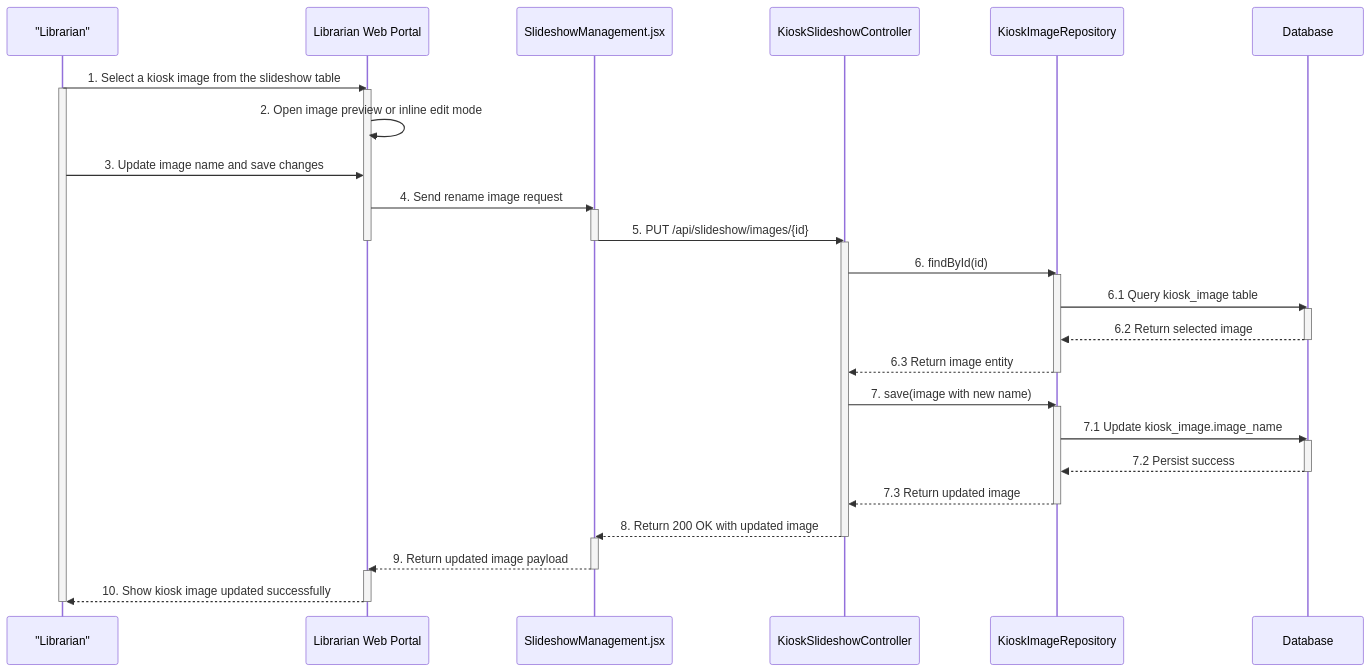
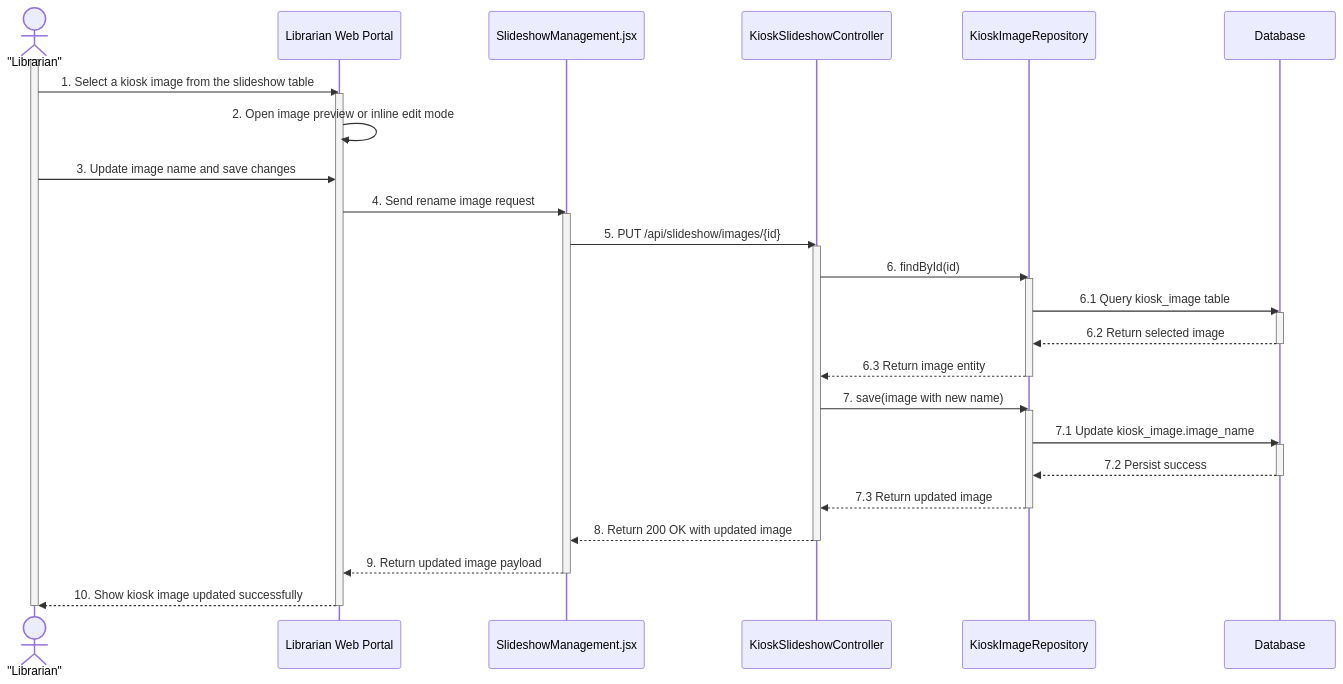
One commit to huuhuydng/SLIB changed the diagram in doc/Report/Report4_Software Design Document/10_News & Announcement Module/Sequence Diagrams/FE-118a_View_and_Update_Kiosk_Image.md. Above: the diagram before and after it, drawn with Mermaid. The commit also changed 3 other files, not shown here.

````diff
--- a/doc/Report/Report4_Software Design Document/10_News & Announcement Module/Sequence Diagrams/FE-118a_View_and_Update_Kiosk_Image.md
+++ b/doc/Report/Report4_Software Design Document/10_News & Announcement Module/Sequence Diagrams/FE-118a_View_and_Update_Kiosk_Image.md
@@ -3,52 +3,54 @@
 ```mermaid
 sequenceDiagram
-    participant Users as "Librarian"
+    actor Users as "Librarian"
     participant Client as Librarian Web Portal
     participant SlidePage as SlideshowManagement.jsx
     participant SlideController as KioskSlideshowController
     participant ImageRepo as KioskImageRepository
     participant DB as Database
 
+    activate Users
     Users->>Client: 1. Select a kiosk image from the slideshow table
-    activate Users
     activate Client
+    
     Client->>Client: 2. Open image preview or inline edit mode
     Users->>Client: 3. Update image name and save changes
+    
+    # Giai đoạn: Gửi yêu cầu cập nhật
     Client->>SlidePage: 4. Send rename image request
     activate SlidePage
-
     SlidePage->>SlideController: 5. PUT /api/slideshow/images/{id}
-    deactivate SlidePage
-    deactivate Client
     activate SlideController
-
+    
+    # Bước 6: Truy vấn bản ghi hiện tại
     SlideController->>ImageRepo: 6. findById(id)
     activate ImageRepo
     ImageRepo->>DB: 6.1 Query kiosk_image table
     activate DB
     DB-->>ImageRepo: 6.2 Return selected image
     deactivate DB
     ImageRepo-->>SlideController: 6.3 Return image entity
     deactivate ImageRepo
 
+    # Bước 7: Thực thi lưu thay đổi tên ảnh
     SlideController->>ImageRepo: 7. save(image with new name)
     activate ImageRepo
     ImageRepo->>DB: 7.1 Update kiosk_image.image_name
     activate DB
     DB-->>ImageRepo: 7.2 Persist success
     deactivate DB
     ImageRepo-->>SlideController: 7.3 Return updated image
     deactivate ImageRepo
-
+    
+    # Trả kết quả về giao diện
     SlideController-->>SlidePage: 8. Return 200 OK with updated image
     deactivate SlideController
-    activate SlidePage
+    
     SlidePage-->>Client: 9. Return updated image payload
     deactivate SlidePage
-    activate Client
-
+    
     Client-->>Users: 10. Show kiosk image updated successfully
-
+    
     deactivate Client
     deactivate Users
 ```
````
